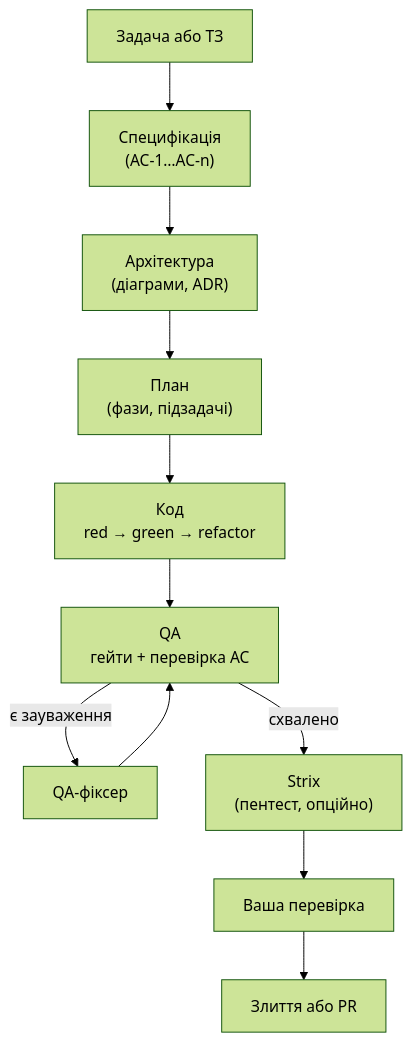
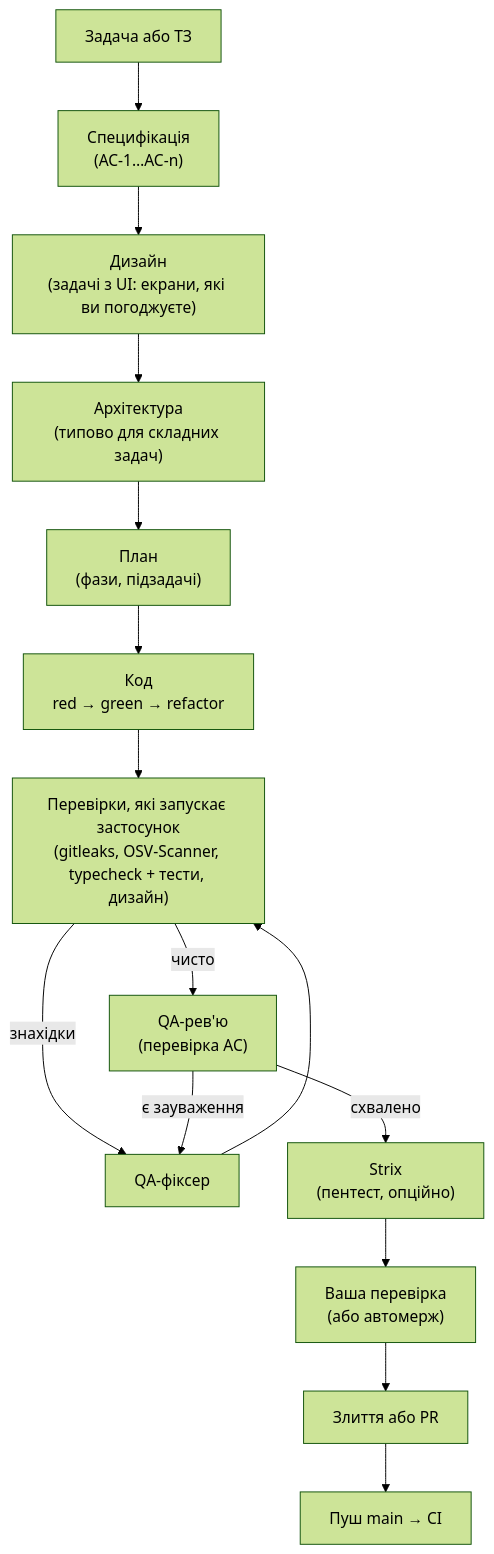
One commit to KolyaSotnichenko/vibe-teamlead changed the diagram in apps/desktop/src/renderer/docs/uk/01-overview.md. Above: the diagram before and after it, drawn with Mermaid (forest theme). The commit also changed 3 other files, not shown here.

First line of the commit message:
Docs: pipeline diagrams match the app

````diff
--- a/apps/desktop/src/renderer/docs/uk/01-overview.md
+++ b/apps/desktop/src/renderer/docs/uk/01-overview.md
@@ -7,13 +7,17 @@
 ```mermaid
 flowchart TD
   A["Задача або ТЗ"] --> B["Специфікація<br/>(AC-1…AC-n)"]
-  B --> C["Архітектура<br/>(діаграми, ADR)"]
-  C --> D["План<br/>(фази, підзадачі)"]
-  D --> E["Код<br/>red → green → refactor"]
-  E --> F["QA<br/>гейти + перевірка AC"]
-  F -->|"є зауваження"| G["QA-фіксер"]
-  G --> F
-  F -->|"схвалено"| H["Strix<br/>(пентест, опційно)"]
-  H --> I["Ваша перевірка"]
-  I --> J["Злиття або PR"]
+  B --> C["Дизайн<br/>(задачі з UI: екрани, які ви погоджуєте)"]
+  C --> D["Архітектура<br/>(типово для складних задач)"]
+  D --> E["План<br/>(фази, підзадачі)"]
+  E --> F["Код<br/>red → green → refactor"]
+  F --> V["Перевірки, які запускає застосунок<br/>(gitleaks, OSV-Scanner, typecheck + тести, дизайн)"]
+  V -->|"чисто"| G["QA-рев'ю<br/>(перевірка AC)"]
+  V -->|"знахідки"| H
+  G -->|"є зауваження"| H["QA-фіксер"]
+  H --> V
+  G -->|"схвалено"| S["Strix<br/>(пентест, опційно)"]
+  S --> R["Ваша перевірка<br/>(або автомерж)"]
+  R --> M["Злиття або PR"]
+  M --> CI["Пуш main → CI"]
 ```
````
